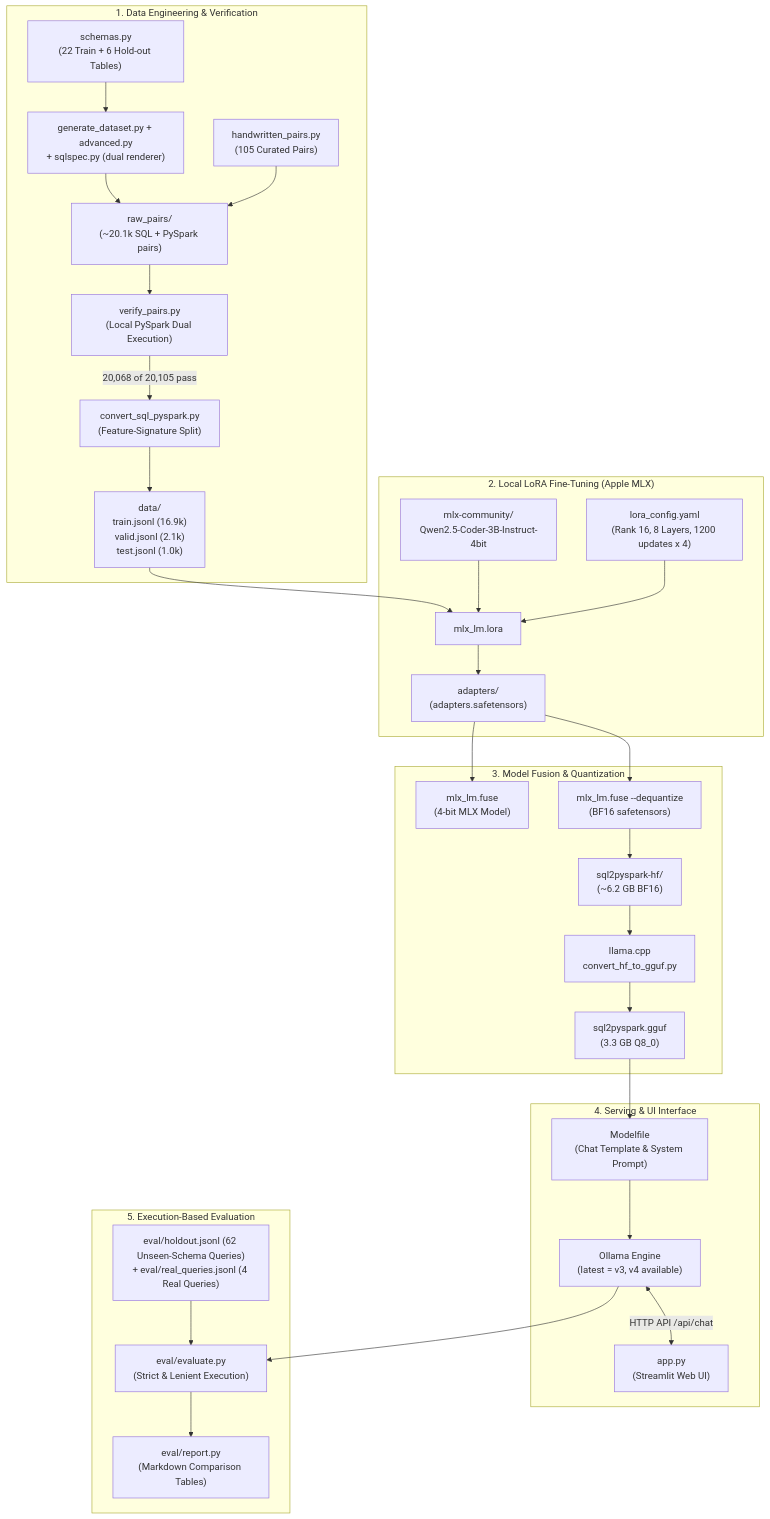
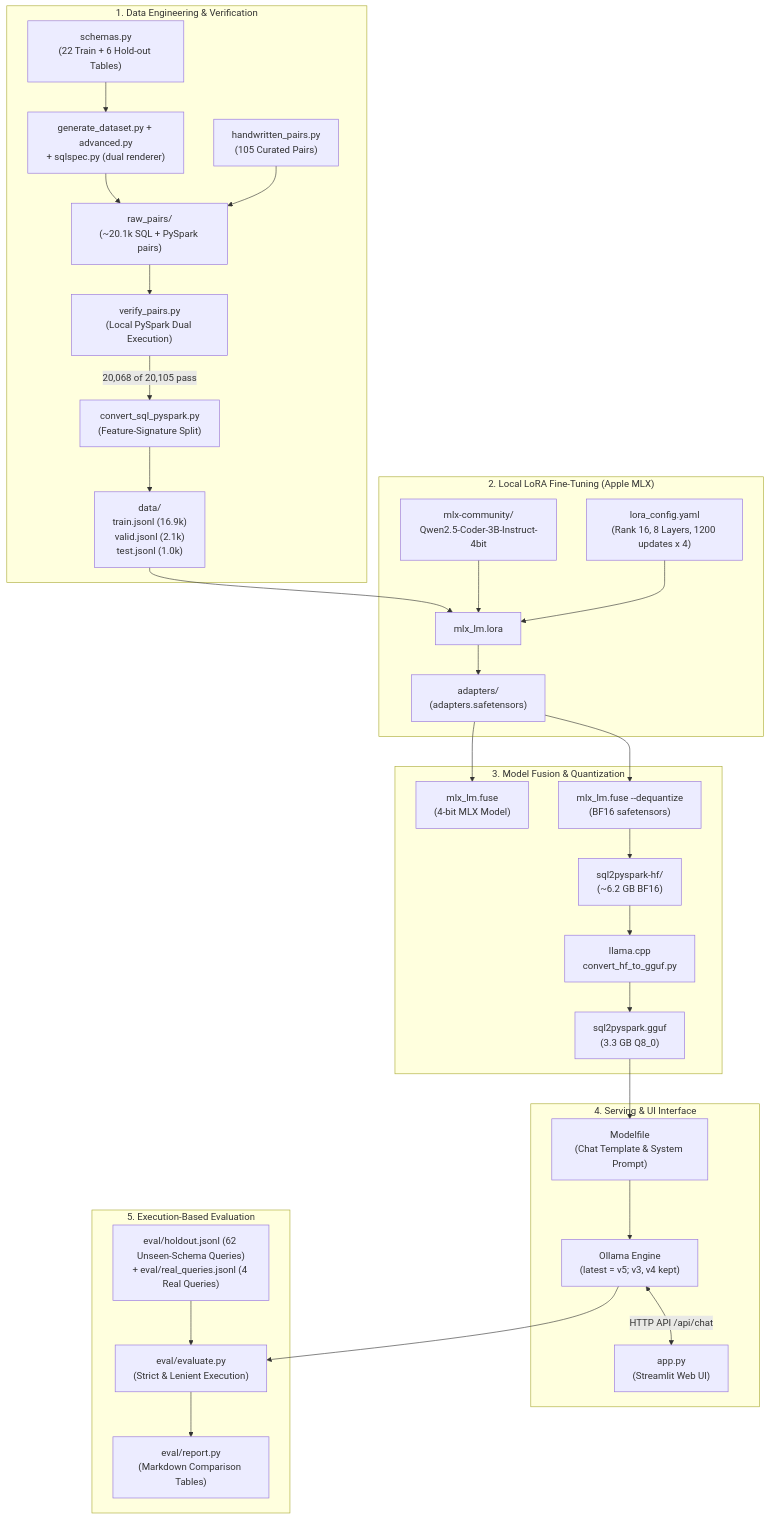
One commit to praponb/Finetuning-LLM changed the diagram in docs/01-architecture-overview.md. Above: the diagram before and after it, drawn with Mermaid. The commit also changed 15 other files, not shown here.

````diff
--- a/docs/01-architecture-overview.md
+++ b/docs/01-architecture-overview.md
@@ -11,65 +11,65 @@
 ```mermaid
 flowchart TD
     subgraph DataEngineering["1. Data Engineering & Verification"]
         S["schemas.py<br/>(22 Train + 6 Hold-out Tables)"]
         G["generate_dataset.py + advanced.py<br/>+ sqlspec.py (dual renderer)"]
         H["handwritten_pairs.py<br/>(105 Curated Pairs)"]
         Raw["raw_pairs/<br/>(~20.1k SQL + PySpark pairs)"]
         Verify["verify_pairs.py<br/>(Local PySpark Dual Execution)"]
         Split["convert_sql_pyspark.py<br/>(Feature-Signature Split)"]
         Data["data/<br/>train.jsonl (16.9k)<br/>valid.jsonl (2.1k)<br/>test.jsonl (1.0k)"]
 
         S --> G
         G --> Raw
         H --> Raw
         Raw --> Verify
         Verify -->|20,068 of 20,105 pass| Split
         Split --> Data
     end
 
     subgraph Training["2. Local LoRA Fine-Tuning (Apple MLX)"]
         BaseModel["mlx-community/<br/>Qwen2.5-Coder-3B-Instruct-4bit"]
         Config["lora_config.yaml<br/>(Rank 16, 8 Layers, 1200 updates x 4)"]
         MLX["mlx_lm.lora"]
         Adapters["adapters/<br/>(adapters.safetensors)"]
 
         Data --> MLX
         BaseModel --> MLX
         Config --> MLX
         MLX --> Adapters
     end
 
     subgraph ExportQuantization["3. Model Fusion & Quantization"]
         FuseMLX["mlx_lm.fuse<br/>(4-bit MLX Model)"]
         FuseHF["mlx_lm.fuse --dequantize<br/>(BF16 safetensors)"]
         HFDir["sql2pyspark-hf/<br/>(~6.2 GB BF16)"]
         GGUFConv["llama.cpp<br/>convert_hf_to_gguf.py"]
         GGUF["sql2pyspark.gguf<br/>(3.3 GB Q8_0)"]
 
         Adapters --> FuseMLX
         Adapters --> FuseHF
         FuseHF --> HFDir
         HFDir --> GGUFConv
         GGUFConv --> GGUF
     end
 
     subgraph ServingUI["4. Serving & UI Interface"]
         Modelfile["Modelfile<br/>(Chat Template & System Prompt)"]
-        Ollama["Ollama Engine<br/>(latest = v3, v4 available)"]
+        Ollama["Ollama Engine<br/>(latest = v5; v3, v4 kept)"]
         Streamlit["app.py<br/>(Streamlit Web UI)"]
 
         GGUF --> Modelfile
         Modelfile --> Ollama
         Ollama <-->|HTTP API /api/chat| Streamlit
     end
 
     subgraph Evaluation["5. Execution-Based Evaluation"]
         Holdout["eval/holdout.jsonl (62 Unseen-Schema Queries)<br/>+ eval/real_queries.jsonl (4 Real Queries)"]
         EvalRunner["eval/evaluate.py<br/>(Strict & Lenient Execution)"]
         Report["eval/report.py<br/>(Markdown Comparison Tables)"]
 
         Ollama --> EvalRunner
         Holdout --> EvalRunner
         EvalRunner --> Report
     end
 ```
````
